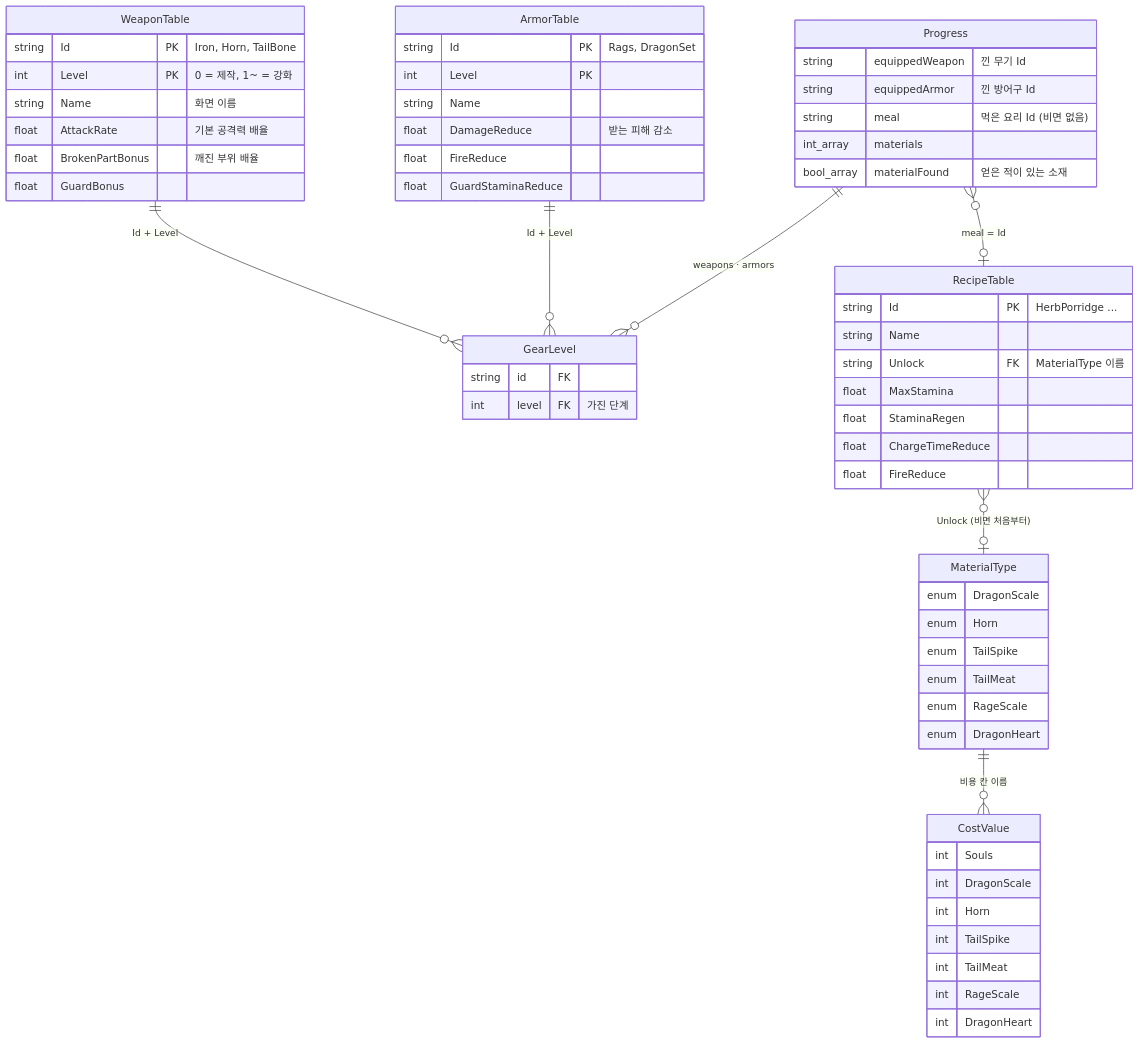
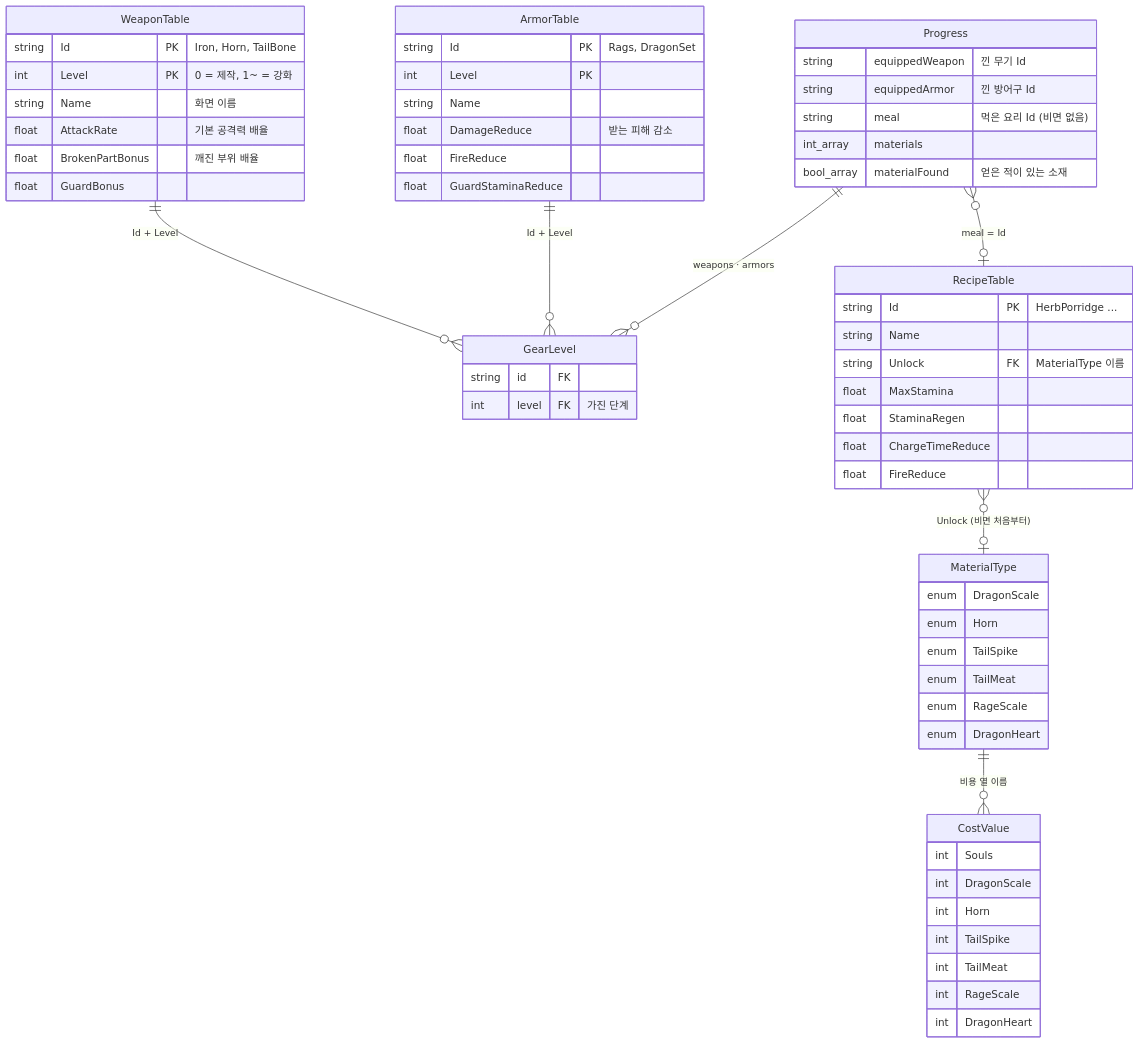
Diagram 14 of 18 in src/2-soul-knight/기술문서.md (Gryphon34/portfolio-template), drawn with Mermaid before and after one commit. The commit also changed other lines of this file and 6 other files, not shown here.

````diff
--- a/src/2-soul-knight/기술문서.md
+++ b/src/2-soul-knight/기술문서.md
@@ -1068,63 +973,63 @@
 ```mermaid
 erDiagram
     WeaponTable ||--o{ GearLevel : "Id + Level"
     ArmorTable ||--o{ GearLevel : "Id + Level"
     Progress ||--o{ GearLevel : "weapons · armors"
     Progress }o--o| RecipeTable : "meal = Id"
     RecipeTable }o--o| MaterialType : "Unlock (비면 처음부터)"
-    MaterialType ||--o{ CostValue : "비용 칸 이름"
+    MaterialType ||--o{ CostValue : "비용 열 이름"
 
     WeaponTable {
         string Id PK "Iron, Horn, TailBone"
         int Level PK "0 = 제작, 1~ = 강화"
         string Name "화면 이름"
         float AttackRate "기본 공격력 배율"
         float BrokenPartBonus "깨진 부위 배율"
         float GuardBonus
     }
     ArmorTable {
         string Id PK "Rags, DragonSet"
         int Level PK
         string Name
         float DamageReduce "받는 피해 감소"
         float FireReduce
         float GuardStaminaReduce
     }
     RecipeTable {
         string Id PK "HerbPorridge ..."
         string Name
         string Unlock FK "MaterialType 이름"
         float MaxStamina
         float StaminaRegen
         float ChargeTimeReduce
         float FireReduce
     }
     CostValue {
         int Souls
         int DragonScale
         int Horn
         int TailSpike
         int TailMeat
         int RageScale
         int DragonHeart
     }
     GearLevel {
         string id FK
         int level FK "가진 단계"
     }
     Progress {
         string equippedWeapon "낀 무기 Id"
         string equippedArmor "낀 방어구 Id"
         string meal "먹은 요리 Id (비면 없음)"
         int_array materials
         bool_array materialFound "얻은 적이 있는 소재"
     }
     MaterialType {
         enum DragonScale
         enum Horn
         enum TailSpike
         enum TailMeat
         enum RageScale
         enum DragonHeart
     }
 ```
````
